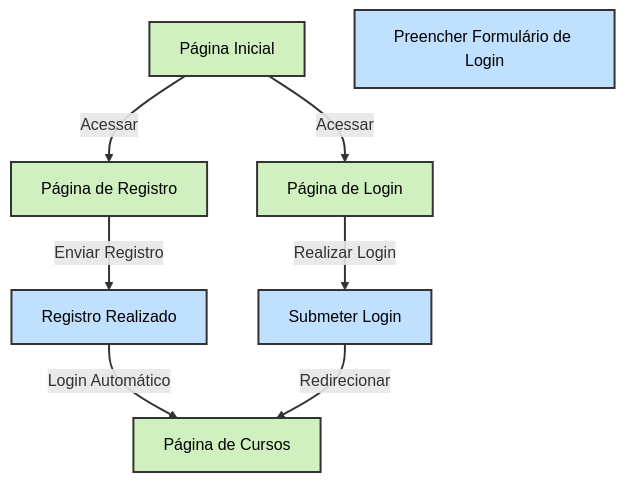
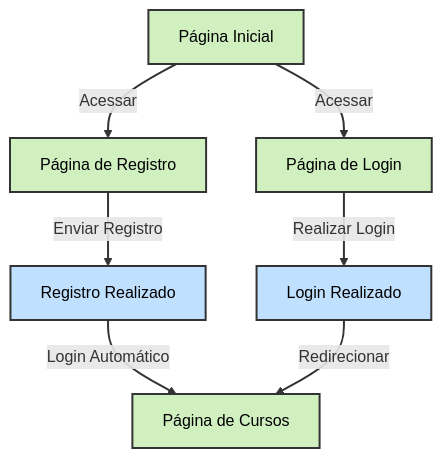
Before and after one commit to Paiva8859/PlataformaEAD: the fifth of 7 diagrams in README.md, drawn with Mermaid.

````diff
--- a/README.md
+++ b/README.md
@@ -125,33 +125,31 @@
 ```mermaid
 flowchart TD
     %% Definindo as Páginas como Ações
     P1[Página Inicial]
     P2[Página de Registro]
     P3[Página de Login]
     P4[Página de Cursos]
 
     %% Definindo as Ações e Transições
     A4[Registro Realizado]
-
-    A8[Preencher Formulário de Login]
-    A9[Submeter Login]
+    A9[Login Realizado]
 
     %% Fluxo de Registro
     P1 -->|Acessar| P2
     P2 -->|Enviar Registro| A4
     A4 -->|Login Automático| P4
 
     %% Fluxo de Login
     P1 -->|Acessar| P3
     P3 -->|Realizar Login| A9
     A9 -->|Redirecionar| P4
 
     %% Estilizando as Ações e Transições
     classDef page fill:#d0f0c0,stroke:#333,stroke-width:2px,color:#000;
     classDef action fill:#c0e0ff,stroke:#333,stroke-width:2px,color:#000;
     class P1,P2,P3,P4 page;
     class A1,A2,A3,A4,A5,A6,A7,A8,A9,A10,A11 action;
 
     %% Estilizando as Conexões
     linkStyle default stroke:#333,stroke-width:2px;
 ```
````
